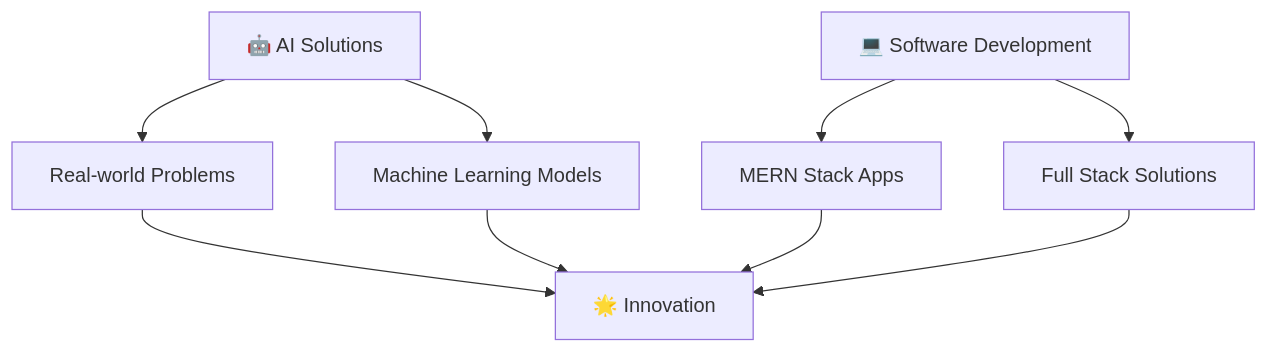
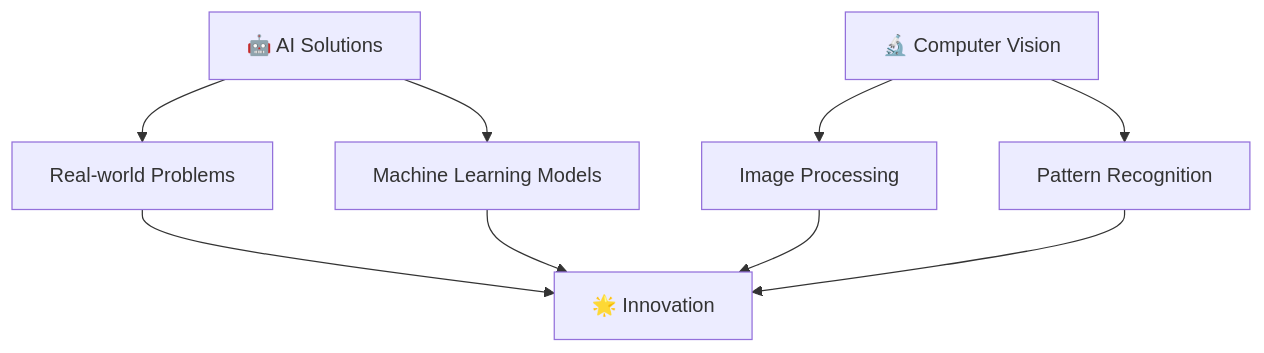
One commit to DivyakshChachan/DivyakshChachan changed the diagram in README.md. Above: the diagram before and after it, drawn with Mermaid. The commit also changed other lines of this file, not shown here.

````diff
--- a/README.md
+++ b/README.md
@@ -142,11 +134,11 @@
 ```mermaid
 graph TD
     A[🤖 AI Solutions] --> B[Real-world Problems]
     A --> C[Machine Learning Models]
-    D[💻 Software Development] --> E[MERN Stack Apps]
-    D --> F[Full Stack Solutions]
+    D[🔬 Computer Vision] --> E[Image Processing]
+    D --> F[Pattern Recognition]
     B --> G[🌟 Innovation]
     C --> G
     E --> G
     F --> G
 ```
````
